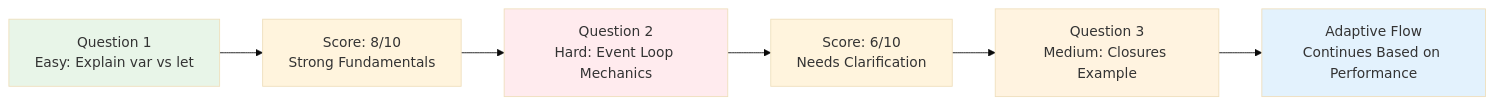
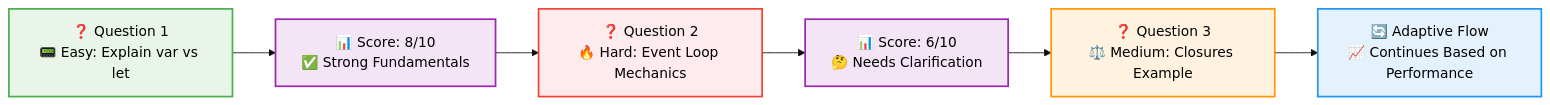
Before and after one commit to VIKAS9793/ai-interviewer-langchain: the third of 4 diagrams in README.md, drawn with Mermaid (base theme). The commit also changed other lines of this file, not shown here.

First line of the commit message:
fix: improve Mermaid diagram visibility and contrast in README

````diff
--- a/README.md
+++ b/README.md
@@ -421,13 +428,20 @@
 ```mermaid
-graph LR
-    A[Question 1<br/>Easy: Explain var vs let] --> B[Score: 8/10<br/>Strong Fundamentals]
-    B --> C[Question 2<br/>Hard: Event Loop Mechanics]
-    C --> D[Score: 6/10<br/>Needs Clarification] 
-    D --> E[Question 3<br/>Medium: Closures Example]
-    E --> F[Adaptive Flow<br/>Continues Based on Performance]
+flowchart LR
+    A["❓ Question 1<br/>📟 Easy: Explain var vs let"] --> B["📊 Score: 8/10<br/>✅ Strong Fundamentals"]
+    B --> C["❓ Question 2<br/>🔥 Hard: Event Loop Mechanics"]
+    C --> D["📊 Score: 6/10<br/>🤔 Needs Clarification"]
+    D --> E["❓ Question 3<br/>⚖️ Medium: Closures Example"]
+    E --> F["🔄 Adaptive Flow<br/>📈 Continues Based on Performance"]
     
-    style A fill:#e8f5e8
-    style C fill:#ffebee
-    style E fill:#fff3e0
-    style F fill:#e3f2fd
+    classDef easy fill:#e8f5e8,stroke:#4caf50,stroke-width:2px,color:#000000
+    classDef medium fill:#fff3e0,stroke:#ff9800,stroke-width:2px,color:#000000
+    classDef hard fill:#ffebee,stroke:#f44336,stroke-width:2px,color:#000000
+    classDef score fill:#f3e5f5,stroke:#9c27b0,stroke-width:2px,color:#000000
+    classDef flow fill:#e3f2fd,stroke:#2196f3,stroke-width:2px,color:#000000
+    
+    class A easy
+    class E medium
+    class C hard
+    class B,D score
+    class F flow
 ```
````
